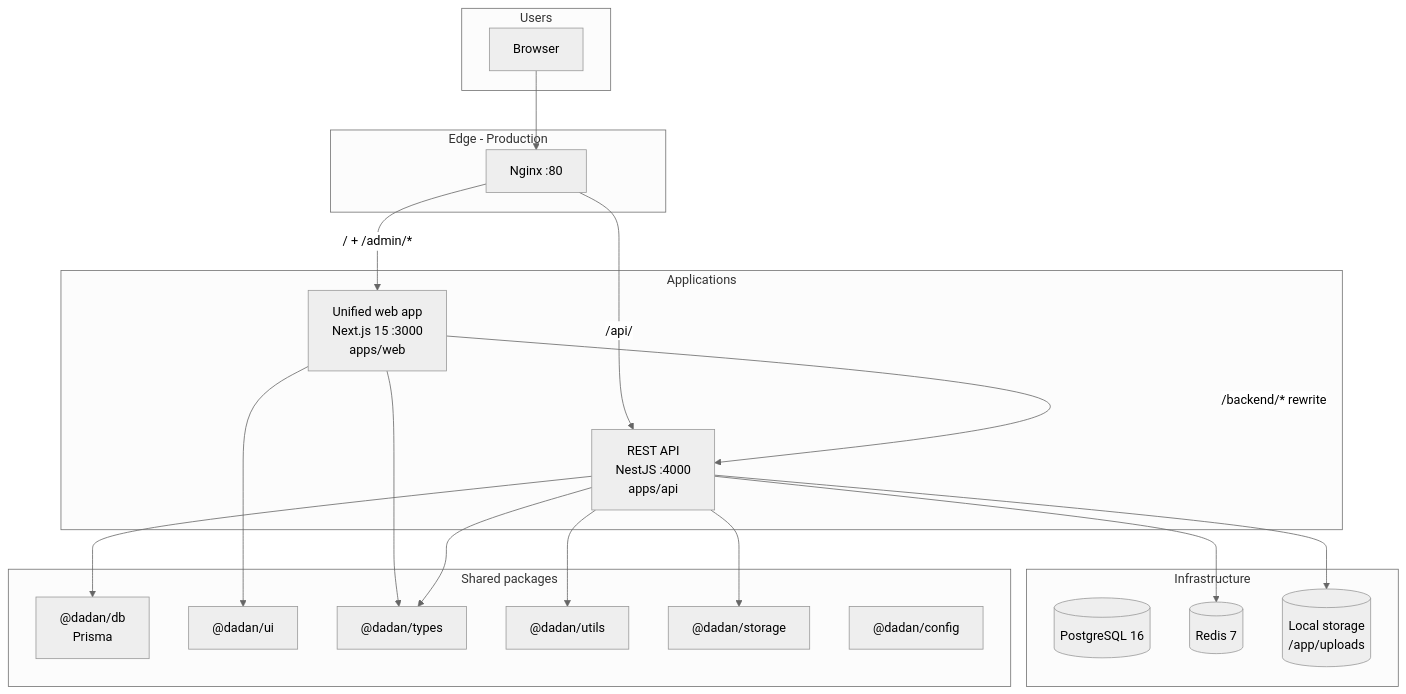
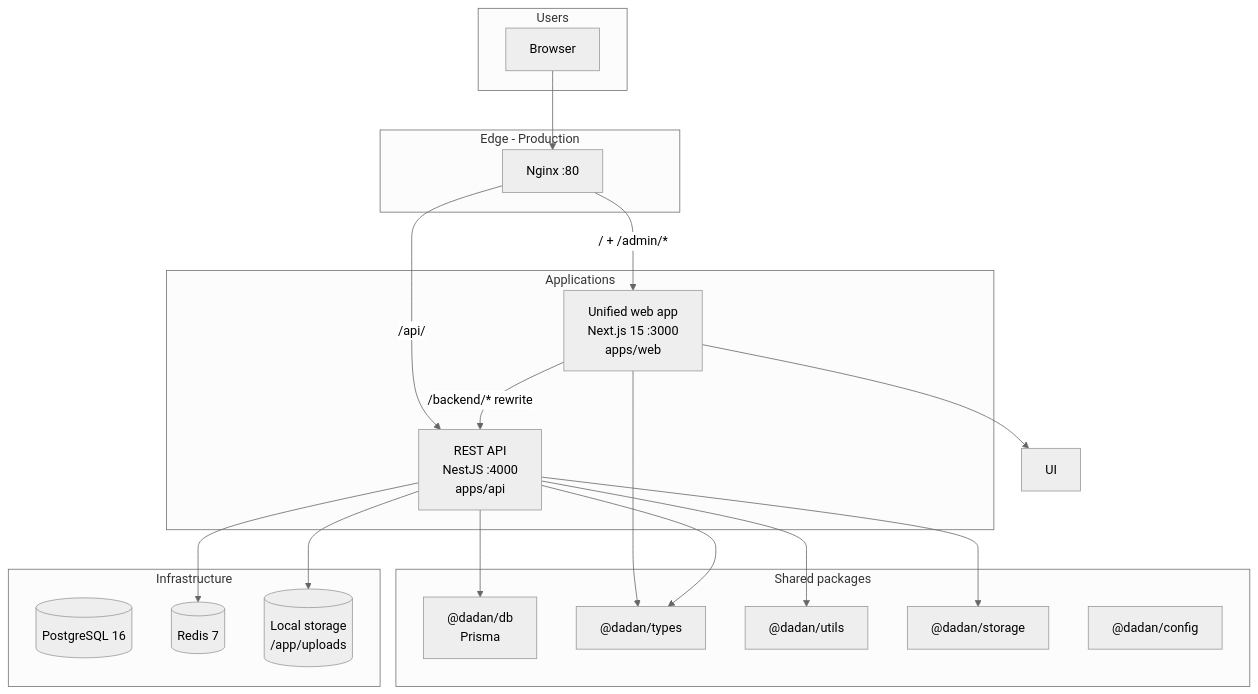
Before and after one commit to mustafa-khaled/Danan-ECOM: the first of 2 diagrams in docs/ARCHITECTURE.md, drawn with Mermaid (neutral theme). The commit also changed other lines of this file and 195 other files, not shown here.

````diff
--- a/docs/ARCHITECTURE.md
+++ b/docs/ARCHITECTURE.md
@@ -26,45 +26,44 @@
 ```mermaid
 flowchart TB
   subgraph clients [Users]
     B[Browser]
   end
 
   subgraph edge [Edge - Production]
     NG[Nginx :80]
   end
 
   subgraph apps [Applications]
     WEB["Unified web app<br/>Next.js 15 :3000<br/>apps/web"]
     API["REST API<br/>NestJS :4000<br/>apps/api"]
   end
 
   subgraph shared [Shared packages]
     DB["@dadan/db<br/>Prisma"]
-    UI["@dadan/ui"]
     TYPES["@dadan/types"]
     UTILS["@dadan/utils"]
     STORAGE["@dadan/storage"]
     CONFIG["@dadan/config"]
   end
 
   subgraph infra [Infrastructure]
     PG[(PostgreSQL 16)]
     RD[(Redis 7)]
     FS[(Local storage<br/>/app/uploads)]
   end
 
   B --> NG
   NG -->|"/ + /admin/*"| WEB
   NG -->|"/api/"| API
 
   WEB -->|"/backend/* rewrite"| API
   API --> DB
   API --> RD
   API --> FS
 
   WEB --> UI
   API --> UTILS
   API --> STORAGE
   WEB --> TYPES
   API --> TYPES
 ```
````
